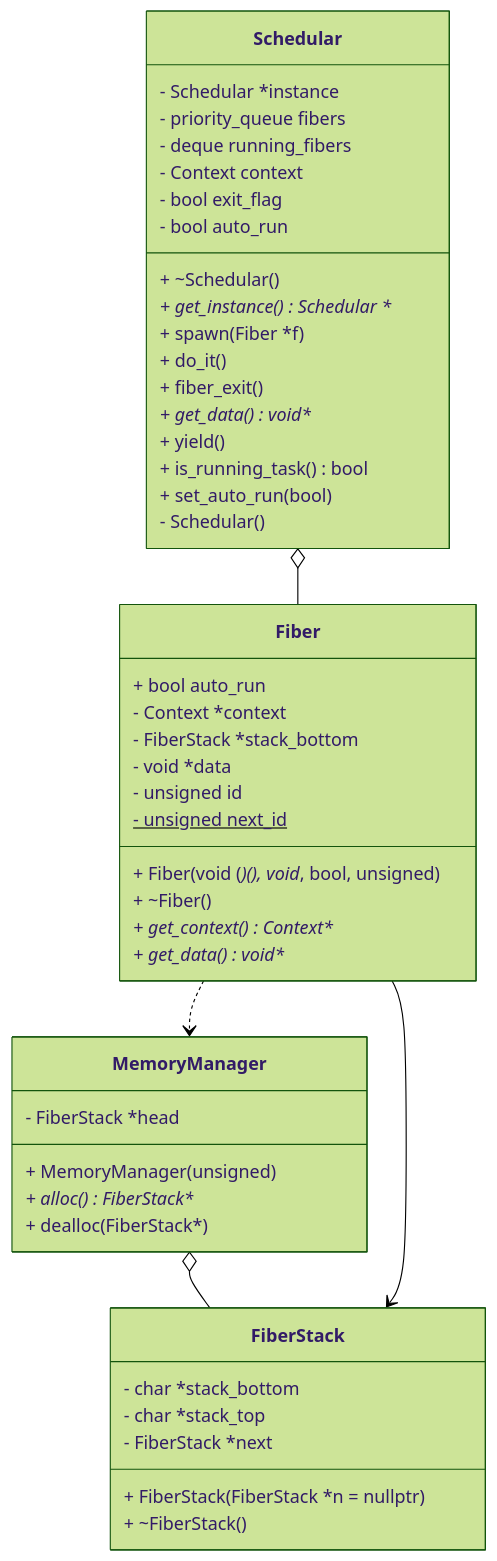
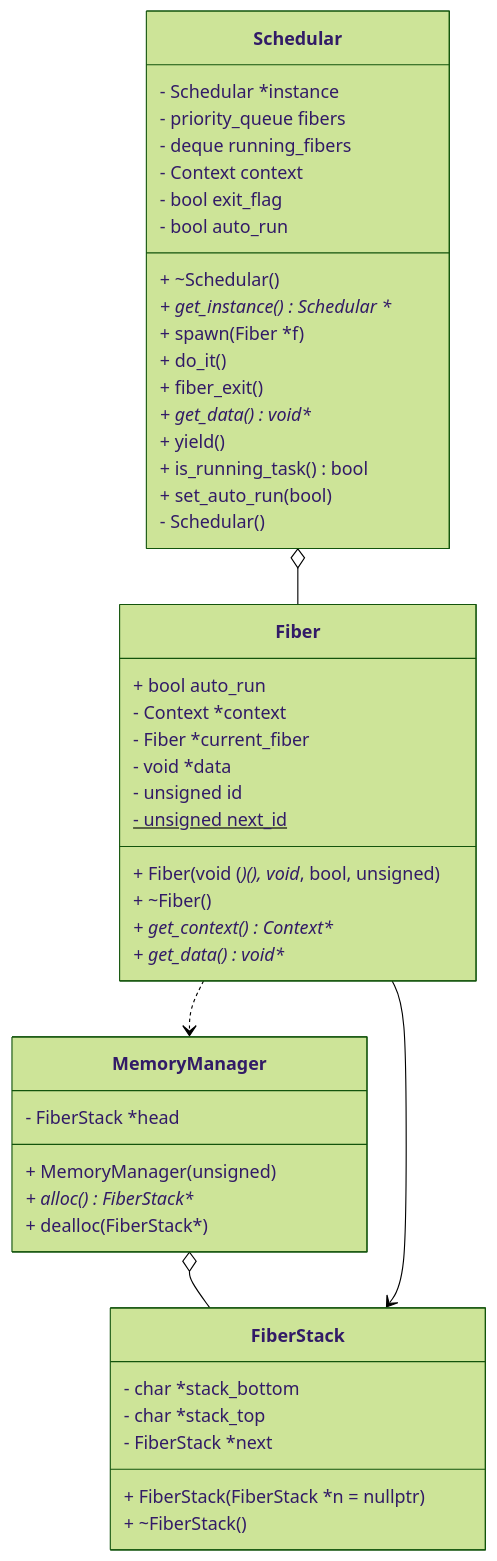
Before and after one commit to Cyb3rMutant/Cooperative-Scheduler: the third of 3 diagrams in README.md, drawn with Mermaid (forest theme). The commit also changed other lines of this file and 13 other files, not shown here.

````diff
--- a/README.md
+++ b/README.md
@@ -524,58 +518,58 @@
 ```mermaid
 classDiagram
     class Schedular {
         + ~Schedular()
         + get_instance() Schedular **
         + spawn(Fiber *f)
         + do_it()
         + fiber_exit()
         + get_data() void**
         + yield()
         + is_running_task() bool
         + set_auto_run(bool)
         - Schedular()
 
         - Schedular *instance
         - priority_queue<Fiber*> fibers
         - deque<Fiber*> running_fibers
         - Context context
         - bool exit_flag
         - bool auto_run
     }
 
     class Fiber {
         + Fiber(void (*)(), void*, bool, unsigned)
         + ~Fiber()
         + get_context() Context**
         + get_data() void**
 
         + bool auto_run
         - Context *context
-        - FiberStack *stack_bottom
+        - Fiber *current_fiber
         - void *data
         - unsigned id
         - unsigned next_id $
     }
 
     class MemoryManager{
       + MemoryManager(unsigned)
       + alloc() FiberStack**
       + dealloc(FiberStack*)
 
       - FiberStack *head
     }
 
     class FiberStack{
       + FiberStack(FiberStack *n = nullptr)
       + ~FiberStack()
 
       - char *stack_bottom
       - char *stack_top
       - FiberStack *next
     }
 
     Schedular o--Fiber
     MemoryManager o-- FiberStack
     Fiber ..> MemoryManager
     Fiber --> FiberStack
 ```
````
